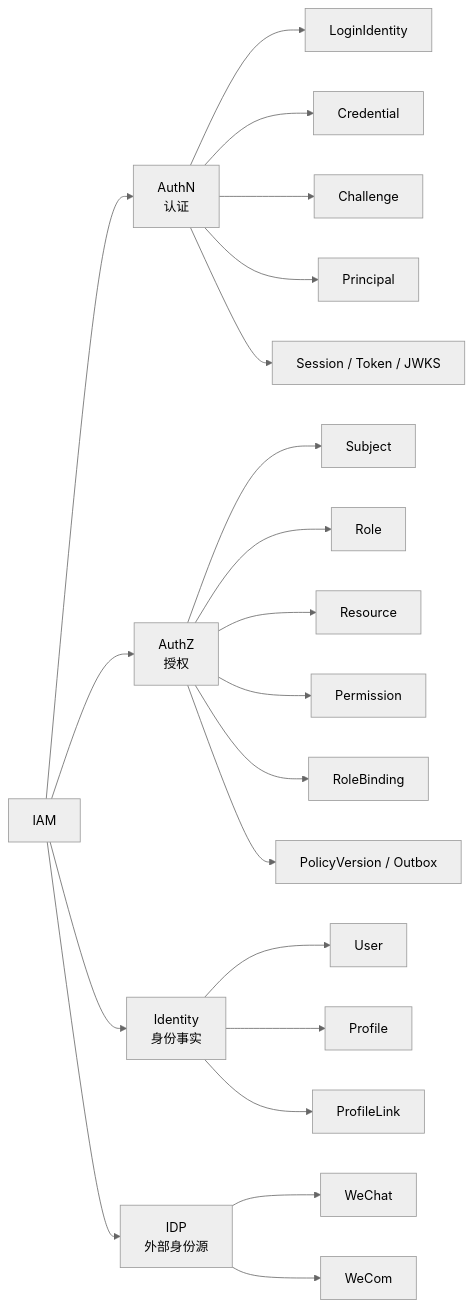
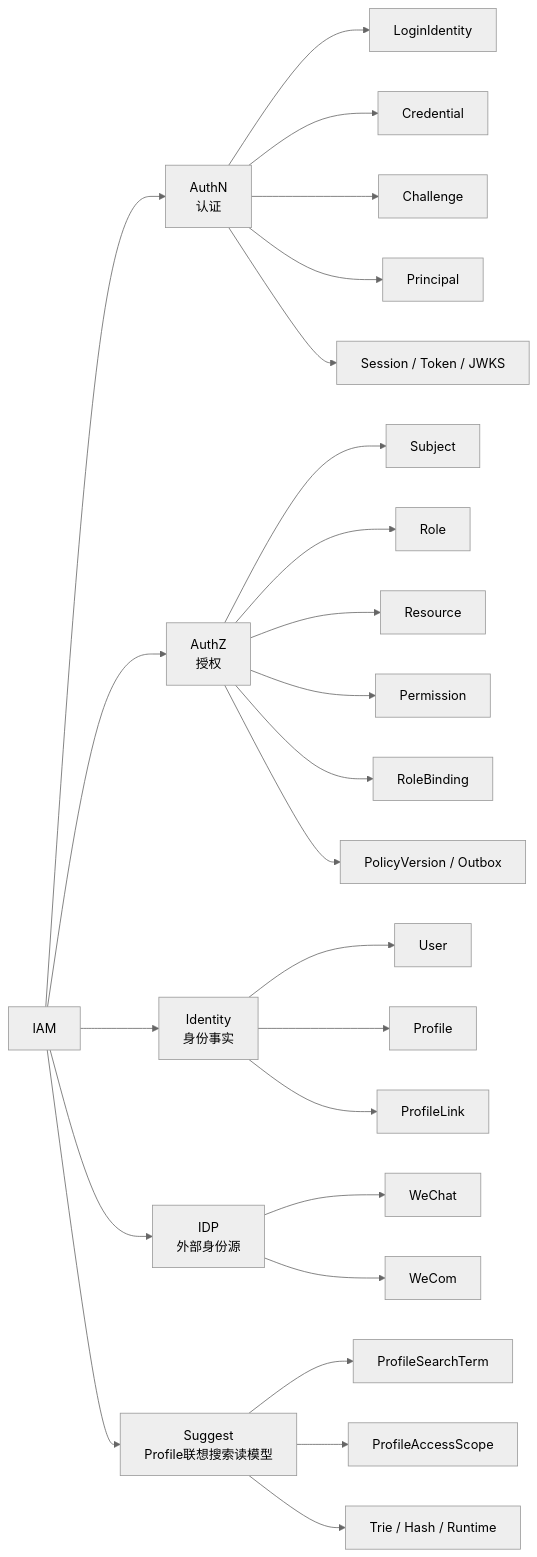
One commit to FangcunMount/iam changed the fourth of 10 diagrams in docs/00-概览/01-系统架构总览.md. Above: the diagram before and after it, drawn with Mermaid (neutral theme). The commit also changed other lines of this file and 16 other files, not shown here.

````diff
--- a/docs/00-概览/01-系统架构总览.md
+++ b/docs/00-概览/01-系统架构总览.md
@@ -272,27 +285,32 @@
 ```mermaid
 flowchart LR
     IAM["IAM"] --> AuthN["AuthN<br/>认证"]
     IAM --> AuthZ["AuthZ<br/>授权"]
     IAM --> Identity["Identity<br/>身份事实"]
     IAM --> IDP["IDP<br/>外部身份源"]
+    IAM --> Suggest["Suggest<br/>Profile联想搜索读模型"]
 
     AuthN --> LoginIdentity["LoginIdentity"]
     AuthN --> Credential["Credential"]
     AuthN --> Challenge["Challenge"]
     AuthN --> Principal["Principal"]
     AuthN --> SessionToken["Session / Token / JWKS"]
 
     AuthZ --> Subject["Subject"]
     AuthZ --> Role["Role"]
     AuthZ --> Resource["Resource"]
     AuthZ --> Permission["Permission"]
     AuthZ --> RoleBinding["RoleBinding"]
     AuthZ --> PolicyVersion["PolicyVersion / Outbox"]
 
     Identity --> User["User"]
     Identity --> Profile["Profile"]
     Identity --> ProfileLink["ProfileLink"]
 
     IDP --> WeChat["WeChat"]
     IDP --> WeCom["WeCom"]
+
+    Suggest --> SearchTerm["ProfileSearchTerm"]
+    Suggest --> AccessScope["ProfileAccessScope"]
+    Suggest --> SearchRuntime["Trie / Hash / Runtime"]
 ```
````
